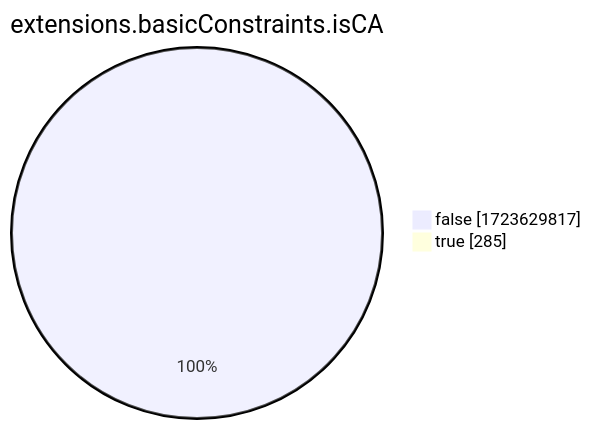
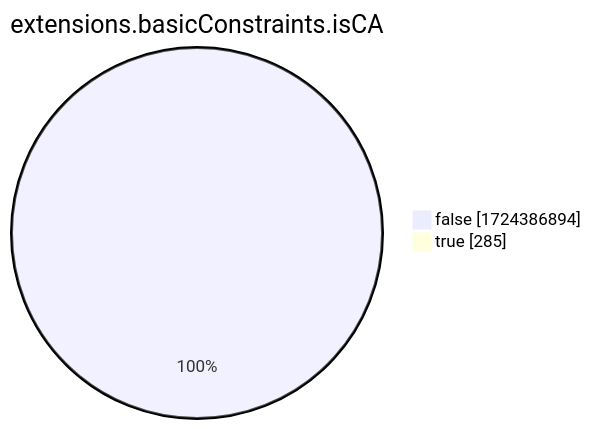
The eighth of 15 diagrams in xenon2022/README.md (christiankrug/ctmonitor_visualization), drawn with Mermaid before and after one commit. The commit also changed other lines of this file, not shown here.

````diff
--- a/xenon2022/README.md
+++ b/xenon2022/README.md
@@ -2867,6 +2867,6 @@
 ```mermaid
 pie showData
 title extensions.basicConstraints.isCA
-"false" :1723629817
+"false" :1724386894
 "true" :285
 ```
````
